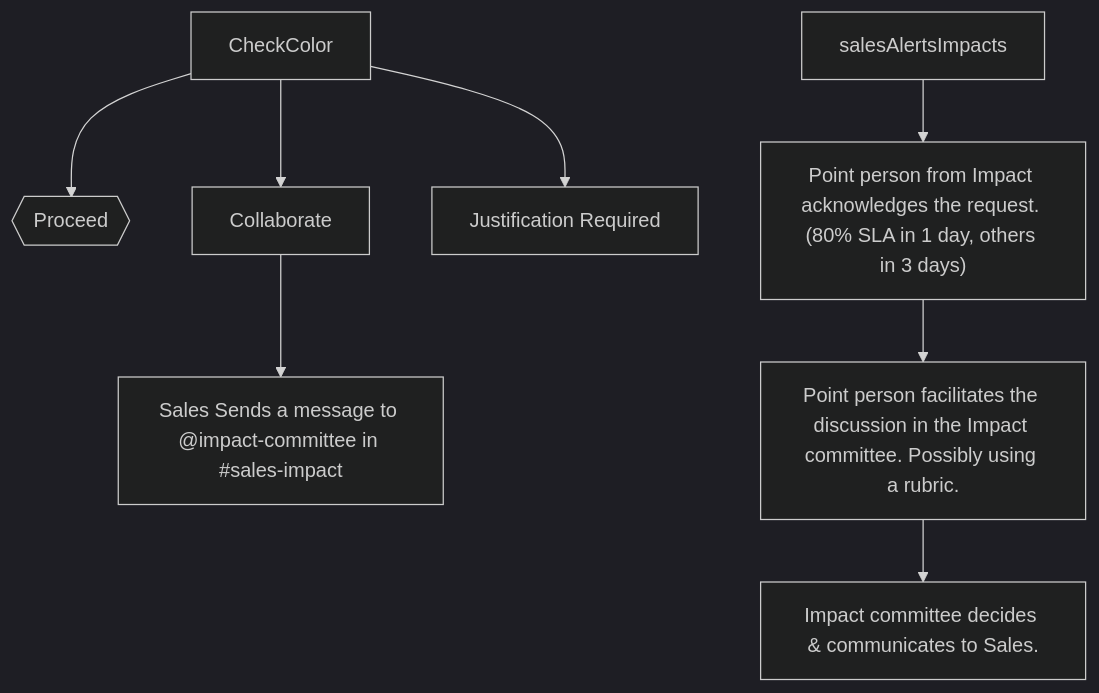
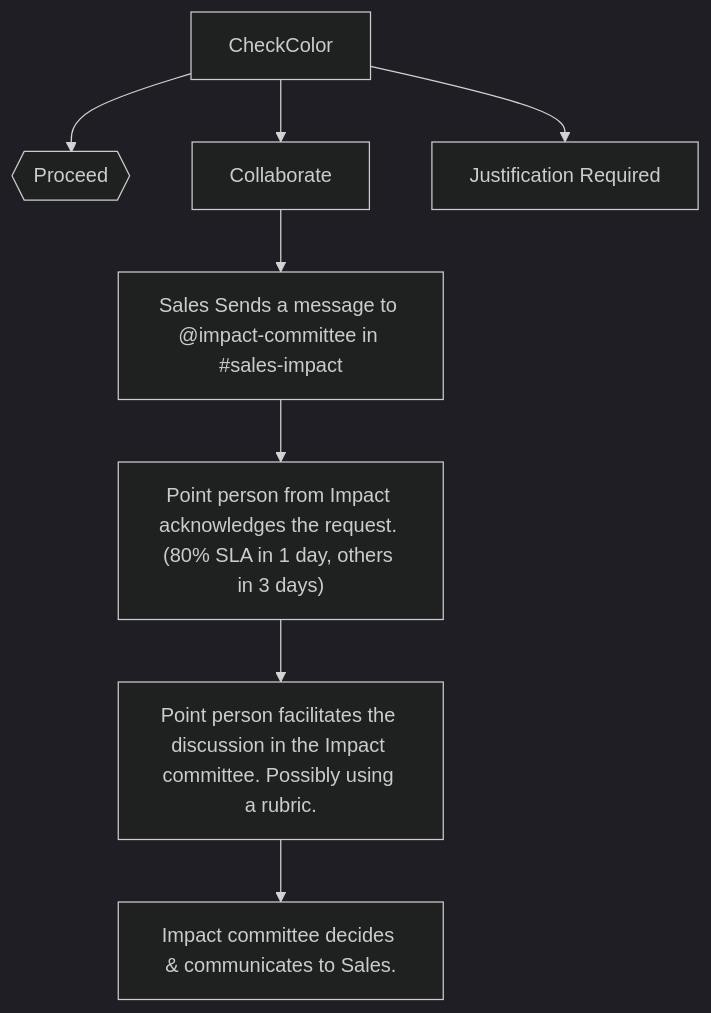
One commit to mgifford/mermaid-graphs changed the first of 3 diagrams in impact2.md. Above: the diagram before and after it, drawn with Mermaid (dark theme).

````diff
--- a/impact2.md
+++ b/impact2.md
@@ -7,12 +7,10 @@
 ```mermaid
 graph TD
     CheckColor-->IsGreen{{Proceed}};
     CheckColor-->isYellow[Collaborate];
     CheckColor-->isJustificationRequired["Justification Required"];
-    isYellow-->salesAlertsImpactsl["Sales Sends a message to @impact-committee in #sales-impact"];
+    isYellow-->salesAlertsImpacts["Sales Sends a message to @impact-committee in #sales-impact"];
    salesAlertsImpacts-->ImpactResponds["Point person from Impact acknowledges the request. (80% SLA in 1 day, others in 3 days)"];
    ImpactResponds-->ImpactDiscusses["Point person facilitates the discussion in the Impact committee. Possibly using a rubric."];
   ImpactDiscusses-->Decision["Impact committee decides & communicates to Sales."];
-
-
 ```
````
